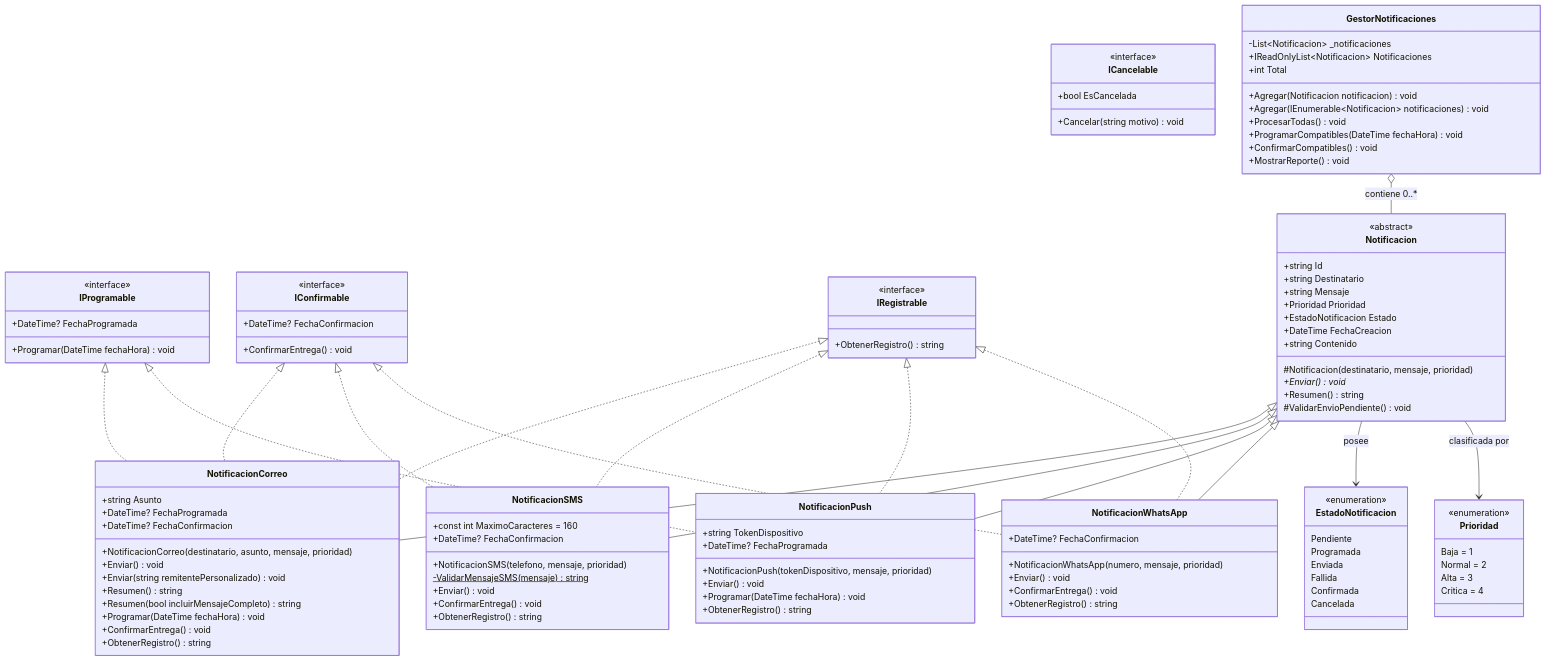
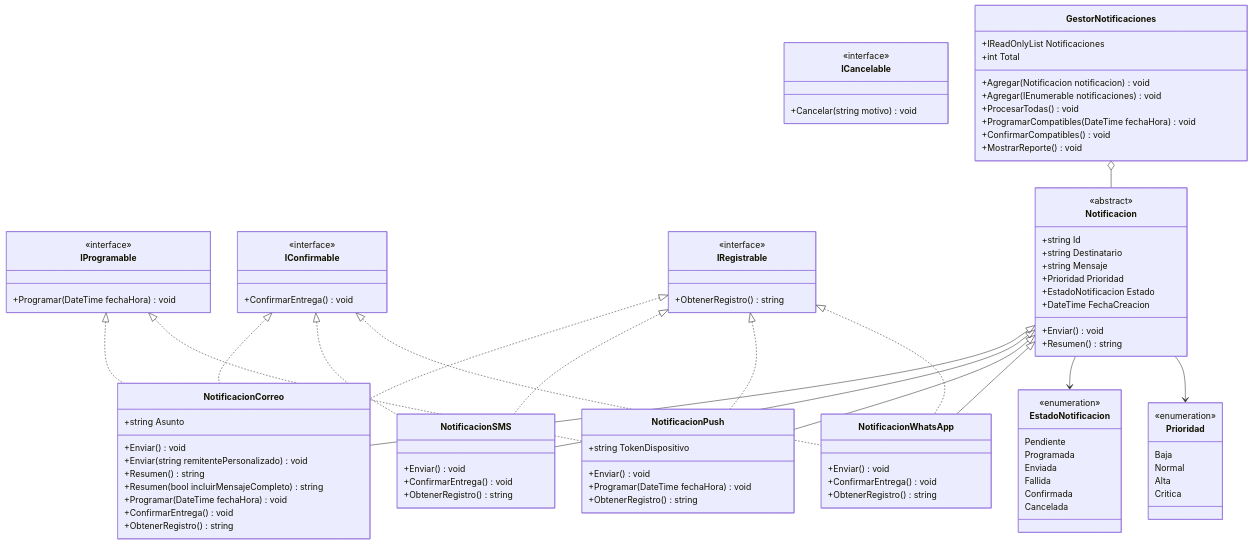
One commit to XxNatsuENDxX/ProyectoINF changed the diagram in README.md. Above: the diagram before and after it, drawn with Mermaid. The commit also changed other lines of this file and 1 other file, not shown here.

Commit message:
fix(docs): corregir sintaxis de diagrama Mermaid y anadir diagrama UML en texto ASCII

````diff
--- a/README.md
+++ b/README.md
@@ -23,7 +25,5 @@
 ```mermaid
 classDiagram
-    direction TB
-
     class EstadoNotificacion {
         <<enumeration>>
         Pendiente
@@ -36,21 +36,19 @@
 
     class Prioridad {
         <<enumeration>>
-        Baja = 1
-        Normal = 2
-        Alta = 3
-        Critica = 4
+        Baja
+        Normal
+        Alta
+        Critica
     }
 
     class IProgramable {
         <<interface>>
-        +DateTime? FechaProgramada
         +Programar(DateTime fechaHora) void
     }
 
     class IConfirmable {
         <<interface>>
-        +DateTime? FechaConfirmacion
         +ConfirmarEntrega() void
     }
 
@@ -61,7 +59,6 @@
 
     class ICancelable {
         <<interface>>
-        +bool EsCancelada
         +Cancelar(string motivo) void
     }
 
@@ -73,18 +70,12 @@
         +Prioridad Prioridad
         +EstadoNotificacion Estado
         +DateTime FechaCreacion
-        +string Contenido
-        #Notificacion(destinatario, mensaje, prioridad)
-        +Enviar()* void
+        +Enviar() void
         +Resumen() string
-        #ValidarEnvioPendiente() void
     }
 
     class NotificacionCorreo {
         +string Asunto
-        +DateTime? FechaProgramada
-        +DateTime? FechaConfirmacion
-        +NotificacionCorreo(destinatario, asunto, mensaje, prioridad)
         +Enviar() void
         +Enviar(string remitentePersonalizado) void
         +Resumen() string
@@ -95,10 +86,6 @@
     }
 
     class NotificacionSMS {
-        +const int MaximoCaracteres = 160
-        +DateTime? FechaConfirmacion
-        +NotificacionSMS(telefono, mensaje, prioridad)
-        -ValidarMensajeSMS(mensaje)$ string
         +Enviar() void
         +ConfirmarEntrega() void
         +ObtenerRegistro() string
@@ -106,27 +93,22 @@
 
     class NotificacionPush {
         +string TokenDispositivo
-        +DateTime? FechaProgramada
-        +NotificacionPush(tokenDispositivo, mensaje, prioridad)
         +Enviar() void
         +Programar(DateTime fechaHora) void
         +ObtenerRegistro() string
     }
 
     class NotificacionWhatsApp {
-        +DateTime? FechaConfirmacion
-        +NotificacionWhatsApp(numero, mensaje, prioridad)
         +Enviar() void
         +ConfirmarEntrega() void
         +ObtenerRegistro() string
     }
 
     class GestorNotificaciones {
-        -List~Notificacion~ _notificaciones
-        +IReadOnlyList~Notificacion~ Notificaciones
+        +IReadOnlyList Notificaciones
         +int Total
         +Agregar(Notificacion notificacion) void
-        +Agregar(IEnumerable~Notificacion~ notificaciones) void
+        +Agregar(IEnumerable notificaciones) void
         +ProcesarTodas() void
         +ProgramarCompatibles(DateTime fechaHora) void
         +ConfirmarCompatibles() void
@@ -151,7 +133,7 @@
     IConfirmable <|.. NotificacionWhatsApp
     IRegistrable <|.. NotificacionWhatsApp
 
-    GestorNotificaciones o-- Notificacion : contiene 0..*
-    Notificacion --> EstadoNotificacion : posee
-    Notificacion --> Prioridad : clasificada por
+    GestorNotificaciones o-- Notificacion
+    Notificacion --> EstadoNotificacion
+    Notificacion --> Prioridad
 ```
````
